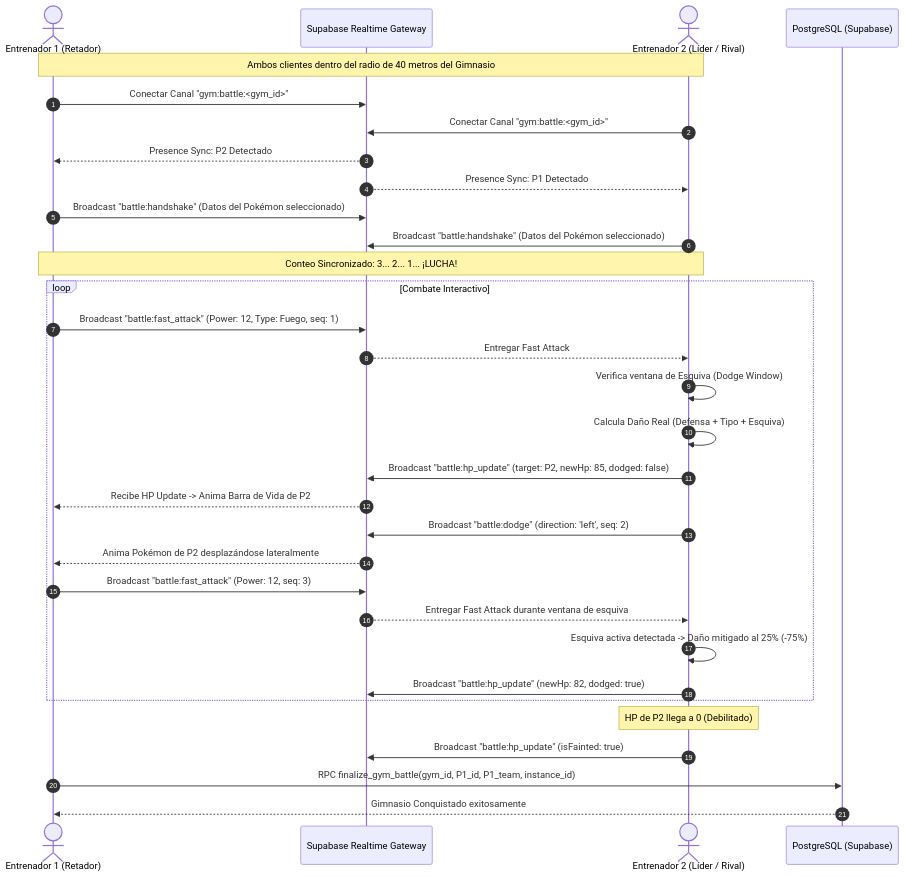
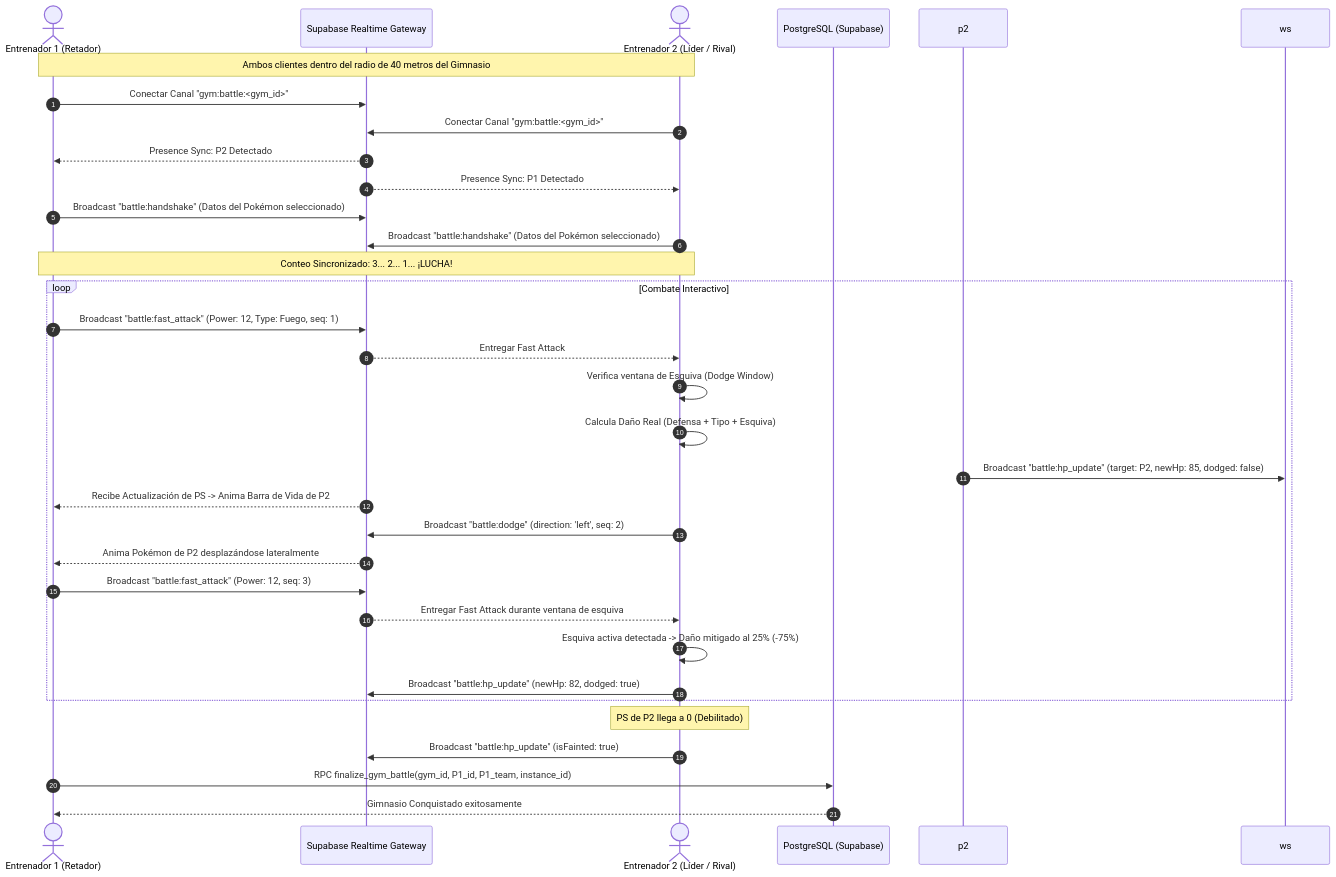
One commit to DarkFallenStar/PokemonGODM changed the diagram in docs/README_MODULO_6.md. Above: the diagram before and after it, drawn with Mermaid. The commit also changed other lines of this file and 15 other files, not shown here.

````diff
--- a/docs/README_MODULO_6.md
+++ b/docs/README_MODULO_6.md
@@ -47,40 +47,40 @@
 ```mermaid
 sequenceDiagram
     autonumber
     actor P1 as Entrenador 1 (Retador)
     participant WS as Supabase Realtime Gateway
     actor P2 as Entrenador 2 (Líder / Rival)
     participant DB as PostgreSQL (Supabase)
 
     Note over P1, P2: Ambos clientes dentro del radio de 40 metros del Gimnasio
     P1->>WS: Conectar Canal "gym:battle:<gym_id>"
     P2->>WS: Conectar Canal "gym:battle:<gym_id>"
     WS-->>P1: Presence Sync: P2 Detectado
     WS-->>P2: Presence Sync: P1 Detectado
     
     P1->>WS: Broadcast "battle:handshake" (Datos del Pokémon seleccionado)
     P2->>WS: Broadcast "battle:handshake" (Datos del Pokémon seleccionado)
     Note over P1, P2: Conteo Sincronizado: 3... 2... 1... ¡LUCHA!
     
     loop Combate Interactivo
         P1->>WS: Broadcast "battle:fast_attack" (Power: 12, Type: Fuego, seq: 1)
         WS-->>P2: Entregar Fast Attack
         P2->>P2: Verifica ventana de Esquiva (Dodge Window)
         P2->>P2: Calcula Daño Real (Defensa + Tipo + Esquiva)
-        P2->>WS: Broadcast "battle:hp_update" (target: P2, newHp: 85, dodged: false)
-        WS-->>P1: Recibe HP Update -> Anima Barra de Vida de P2
+        p2->>ws: Broadcast "battle:hp_update" (target: P2, newHp: 85, dodged: false)
+        WS-->>P1: Recibe Actualización de PS -> Anima Barra de Vida de P2
         
         P2->>WS: Broadcast "battle:dodge" (direction: 'left', seq: 2)
         WS-->>P1: Anima Pokémon de P2 desplazándose lateralmente
         
         P1->>WS: Broadcast "battle:fast_attack" (Power: 12, seq: 3)
         WS-->>P2: Entregar Fast Attack durante ventana de esquiva
         P2->>P2: Esquiva activa detectada -> Daño mitigado al 25% (-75%)
         P2->>WS: Broadcast "battle:hp_update" (newHp: 82, dodged: true)
     end
     
-    Note over P2: HP de P2 llega a 0 (Debilitado)
+    Note over P2: PS de P2 llega a 0 (Debilitado)
     P2->>WS: Broadcast "battle:hp_update" (isFainted: true)
     P1->>DB: RPC finalize_gym_battle(gym_id, P1_id, P1_team, instance_id)
     DB-->>P1: Gimnasio Conquistado exitosamente
 ```
````
